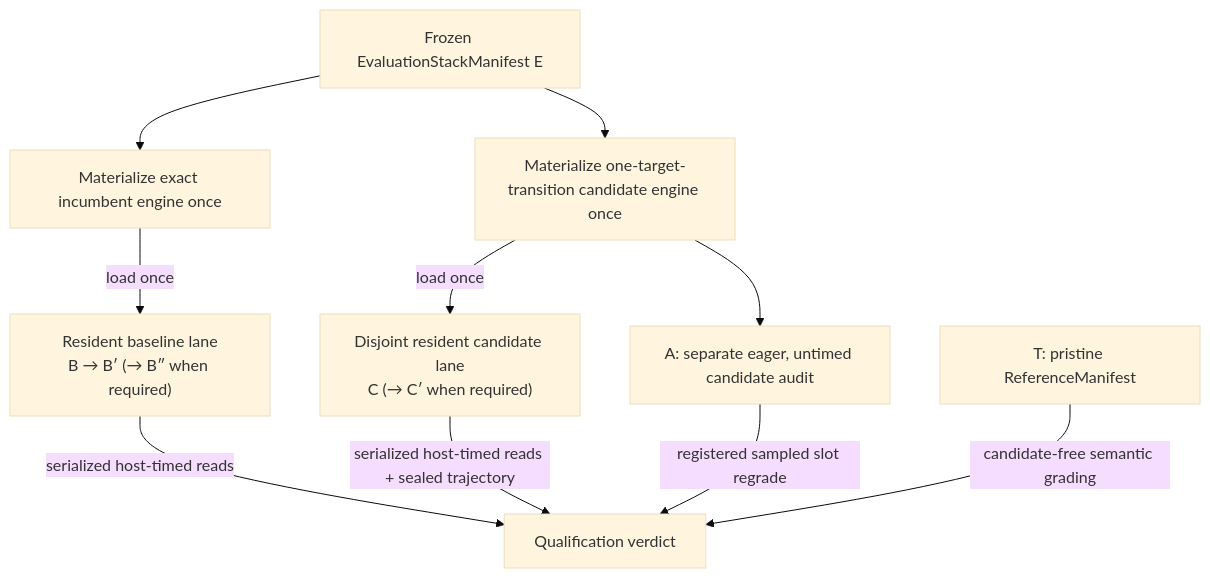
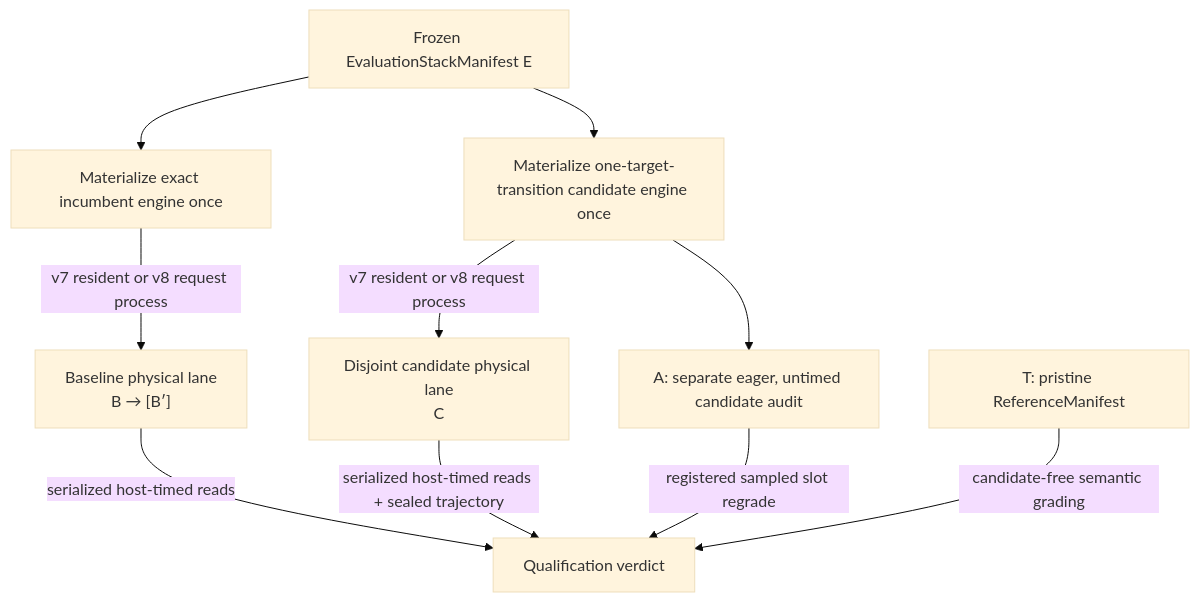
One commit to latent-to/cacheon changed the diagram in docs/architecture/stacks.md. Above: the diagram before and after it, drawn with Mermaid (base theme). The commit also changed other lines of this file and 38 other files, not shown here.

````diff
--- a/docs/architecture/stacks.md
+++ b/docs/architecture/stacks.md
@@ -75,20 +75,20 @@
 ```mermaid
 flowchart TB
     E["Frozen EvaluationStackManifest E"]
     I["Materialize exact incumbent engine once"]
     C["Materialize one-target-transition candidate engine once"]
-    L0["Resident baseline lane<br/>B → B′ (→ B″ when required)"]
-    L1["Disjoint resident candidate lane<br/>C (→ C′ when required)"]
+    L0["Baseline physical lane<br/>B → [B′]"]
+    L1["Disjoint candidate physical lane<br/>C"]
     A["A: separate eager, untimed candidate audit"]
     T["T: pristine ReferenceManifest"]
 
     E --> I
     E --> C
-    I -->|"load once"| L0
-    C -->|"load once"| L1
+    I -->|"v7 resident or v8 request process"| L0
+    C -->|"v7 resident or v8 request process"| L1
     L0 -->|"serialized host-timed reads"| V["Qualification verdict"]
     L1 -->|"serialized host-timed reads + sealed trajectory"| V
     C --> A
     A -->|"registered sampled slot regrade"| V
     T -->|"candidate-free semantic grading"| V
 ```
````
